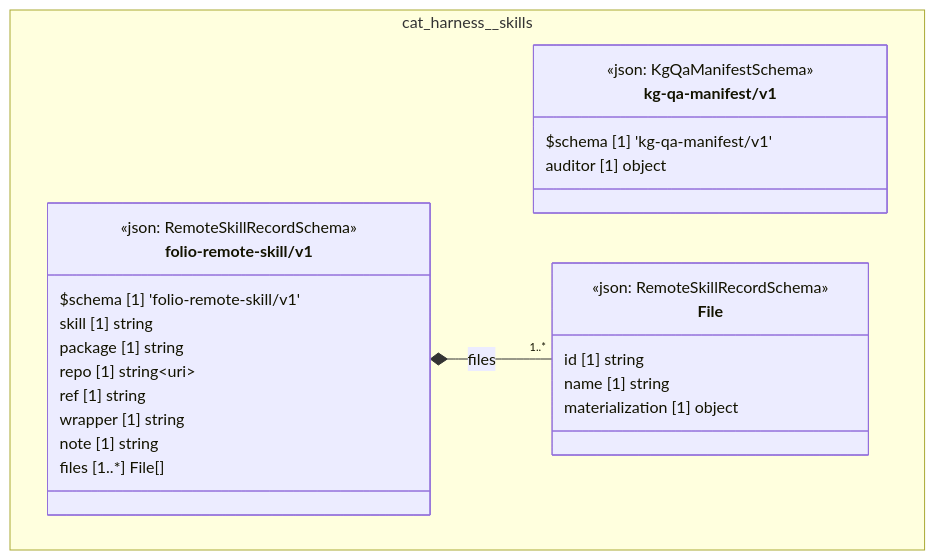
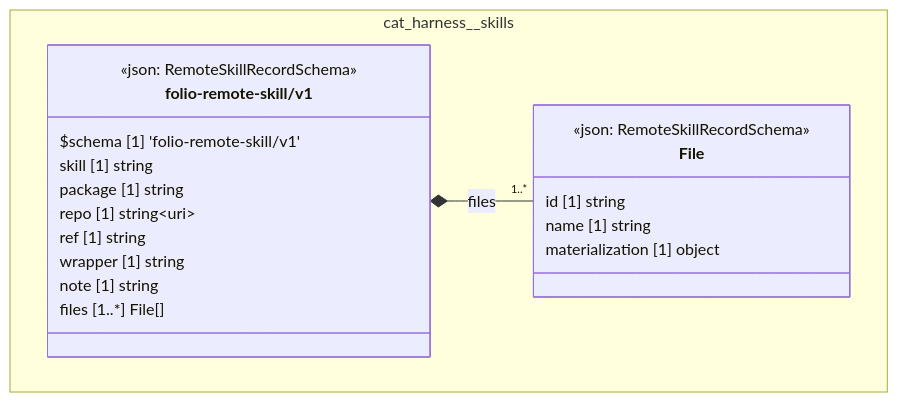
The diagram in cat-harness/uml/overview/cat-harness/skills.mmd (litlfred/folio-assistant), drawn with Mermaid before and after one commit. The commit also changed 275 other files, not shown here.

```diff
--- a/cat-harness/uml/overview/cat-harness/skills.mmd
+++ b/cat-harness/uml/overview/cat-harness/skills.mmd
@@ -1,30 +1,24 @@
 classDiagram
   direction TB
   namespace cat_harness__skills {
-    class cat_harness_skills_kg_qa_manifest_v1_kg_qa_manifest_v1["kg-qa-manifest/v1"] {
-      <<json: KgQaManifestSchema>>
-      $schema [1] 'kg-qa-manifest/v1'
-      auditor [1] object
-    }
     class cat_harness_skills_folio_remote_skill_v1_File["File"] {
       <<json: RemoteSkillRecordSchema>>
       id [1] string
       name [1] string
       materialization [1] object
     }
     class cat_harness_skills_folio_remote_skill_v1_folio_remote_skill_v1["folio-remote-skill/v1"] {
       <<json: RemoteSkillRecordSchema>>
       $schema [1] 'folio-remote-skill/v1'
       skill [1] string
       package [1] string
       repo [1] string~uri~
       ref [1] string
       wrapper [1] string
       note [1] string
       files [1..*] File[]
     }
   }
   cat_harness_skills_folio_remote_skill_v1_folio_remote_skill_v1 *-- "1..*" cat_harness_skills_folio_remote_skill_v1_File : files
-  cssClass "cat_harness_skills_kg_qa_manifest_v1_kg_qa_manifest_v1" fa_uml_kind_skills
   cssClass "cat_harness_skills_folio_remote_skill_v1_File" fa_uml_kind_skills
   cssClass "cat_harness_skills_folio_remote_skill_v1_folio_remote_skill_v1" fa_uml_kind_skills
```
